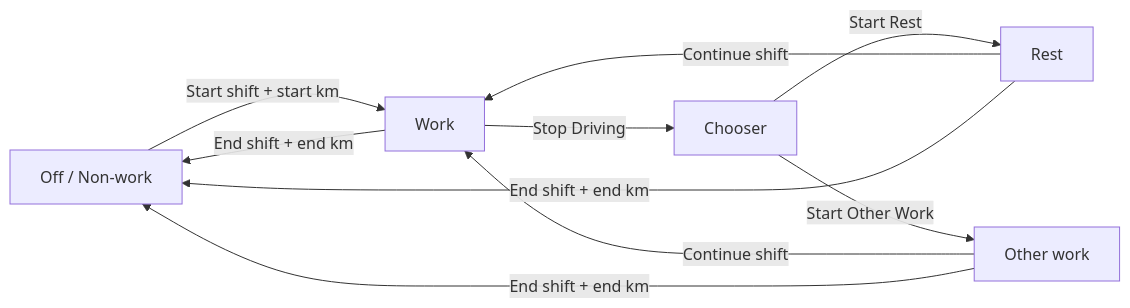
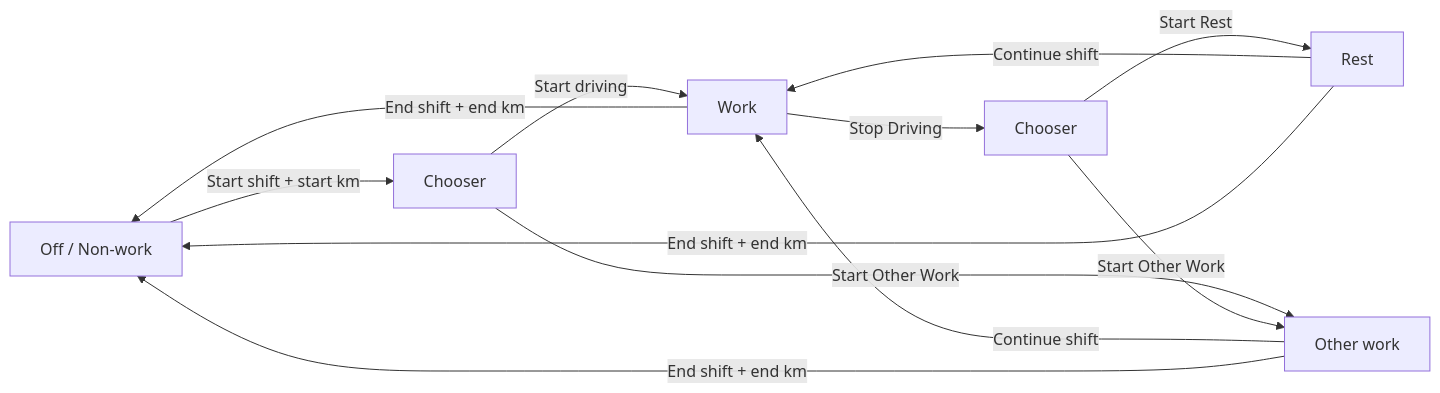
Before and after one commit to Rod-Shehan/fatigue-app-latest: the diagram in app-next/docs/user-guides/driver-ui-guide-esl.md, drawn with Mermaid. The commit also changed other lines of this file and 9 other files, not shown here.

Commit message:
Let Start shift open driving or Other work instead of logging driving.

````diff
--- a/app-next/docs/user-guides/driver-ui-guide-esl.md
+++ b/app-next/docs/user-guides/driver-ui-guide-esl.md
@@ -75,12 +79,14 @@
 ```mermaid
 flowchart LR
-  A[Off / Non-work] -->|Start shift + start km| B[Work]
+  A[Off / Non-work] -->|Start shift + start km| S[Chooser]
+  S -->|Start driving| B[Work]
+  S -->|Start Other Work| E[Other work]
   B -->|Stop Driving| C[Chooser]
   C -->|Start Rest| D[Rest]
-  C -->|Start Other Work| E[Other work]
+  C -->|Start Other Work| E
   D -->|Continue shift| B
   E -->|Continue shift| B
   B -->|End shift + end km| A
   D -->|End shift + end km| A
   E -->|End shift + end km| A
 ```
````
